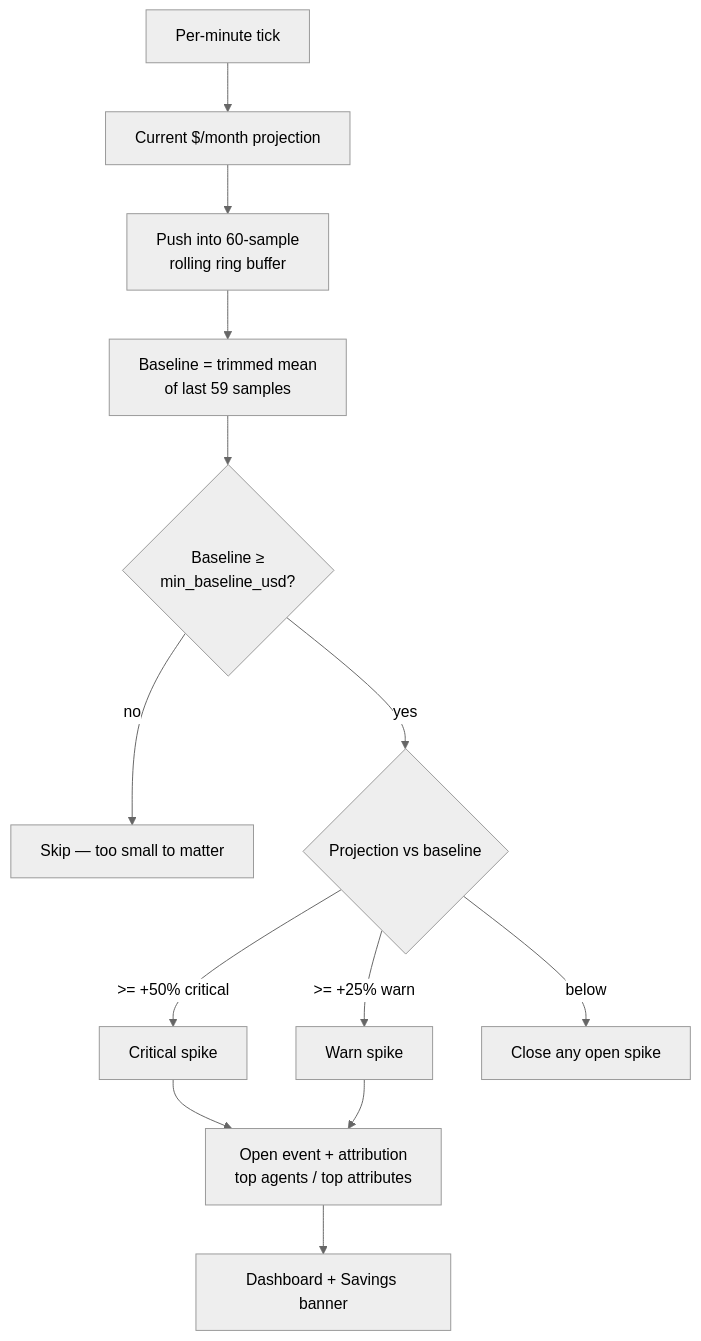
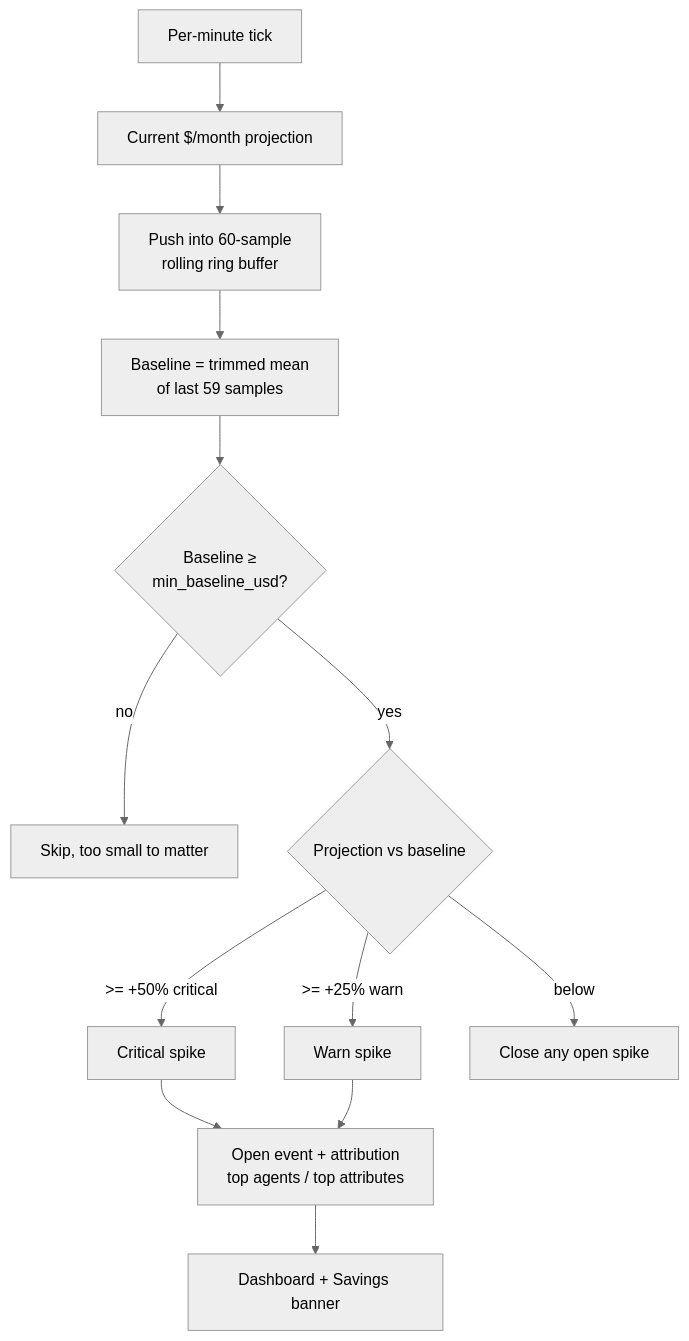
One commit to devopsmike2/squadron changed the diagram in docs/cost-spikes.md. Above: the diagram before and after it, drawn with Mermaid (neutral theme). The commit also changed other lines of this file and 173 other files, not shown here.

````diff
--- a/docs/cost-spikes.md
+++ b/docs/cost-spikes.md
@@ -132,15 +132,15 @@
 ```mermaid
 flowchart TD
     T[Per-minute tick] --> P[Current $/month projection]
     P --> B[Push into 60-sample<br/>rolling ring buffer]
     B --> BASE[Baseline = trimmed mean<br/>of last 59 samples]
     BASE --> MIN{Baseline &ge;<br/>min_baseline_usd?}
-    MIN -- no --> SKIP[Skip — too small to matter]
+    MIN -- no --> SKIP[Skip, too small to matter]
     MIN -- yes --> CMP{Projection vs baseline}
     CMP -- ">= +50% critical" --> CRIT[Critical spike]
     CMP -- ">= +25% warn" --> WARN[Warn spike]
     CMP -- below --> CLOSE[Close any open spike]
     CRIT --> EV[Open event + attribution<br/>top agents / top attributes]
     WARN --> EV
     EV --> BAN[Dashboard + Savings banner]
 ```
````
